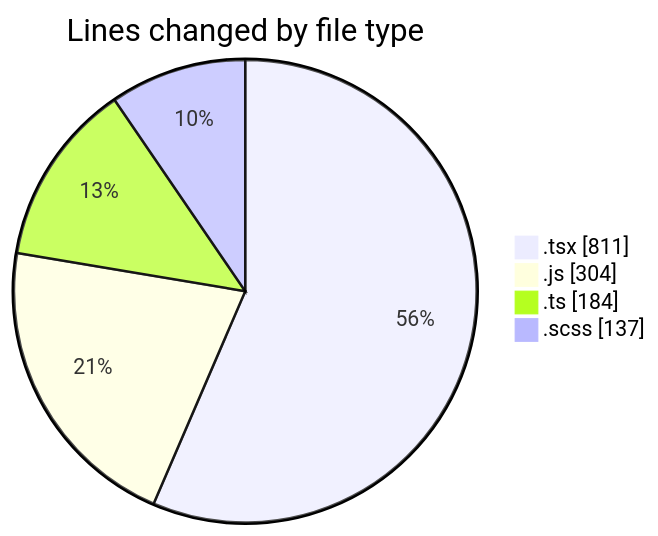
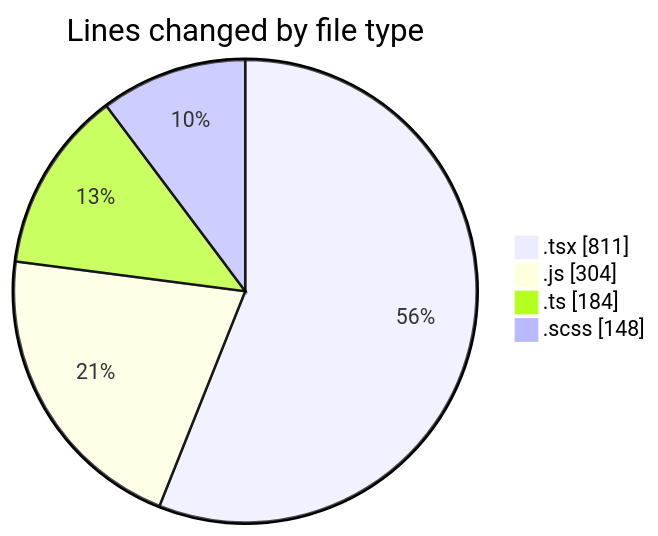
One commit to momahboobian/code-tracking changed the first of 2 diagrams in 2025-02-26/cda/README.md. Above: the diagram before and after it, drawn with Mermaid. The commit also changed other lines of this file and 1 other file, not shown here.

````diff
--- a/2025-02-26/cda/README.md
+++ b/2025-02-26/cda/README.md
@@ -37,8 +37,8 @@
 ```mermaid
 pie showData
 title Lines changed by file type
 ".tsx" : 811
 ".js" : 304
 ".ts" : 184
-".scss" : 137
+".scss" : 148
 ```
````
